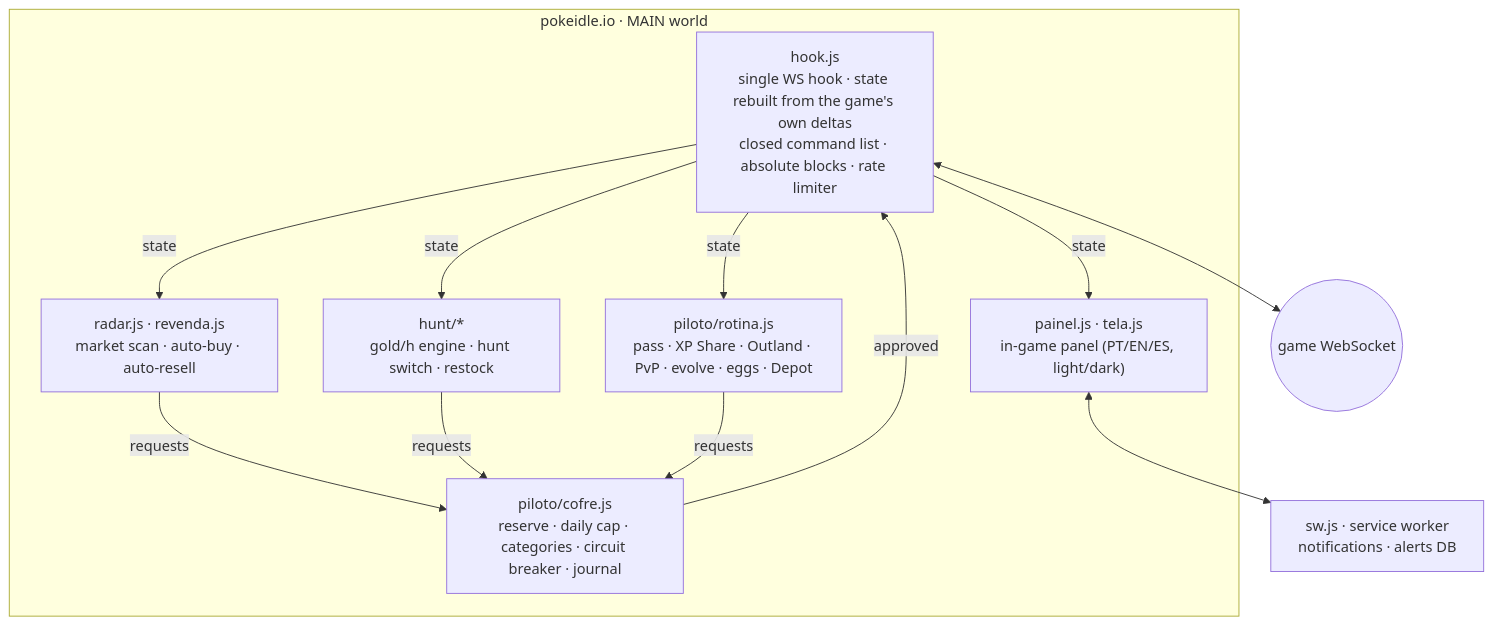
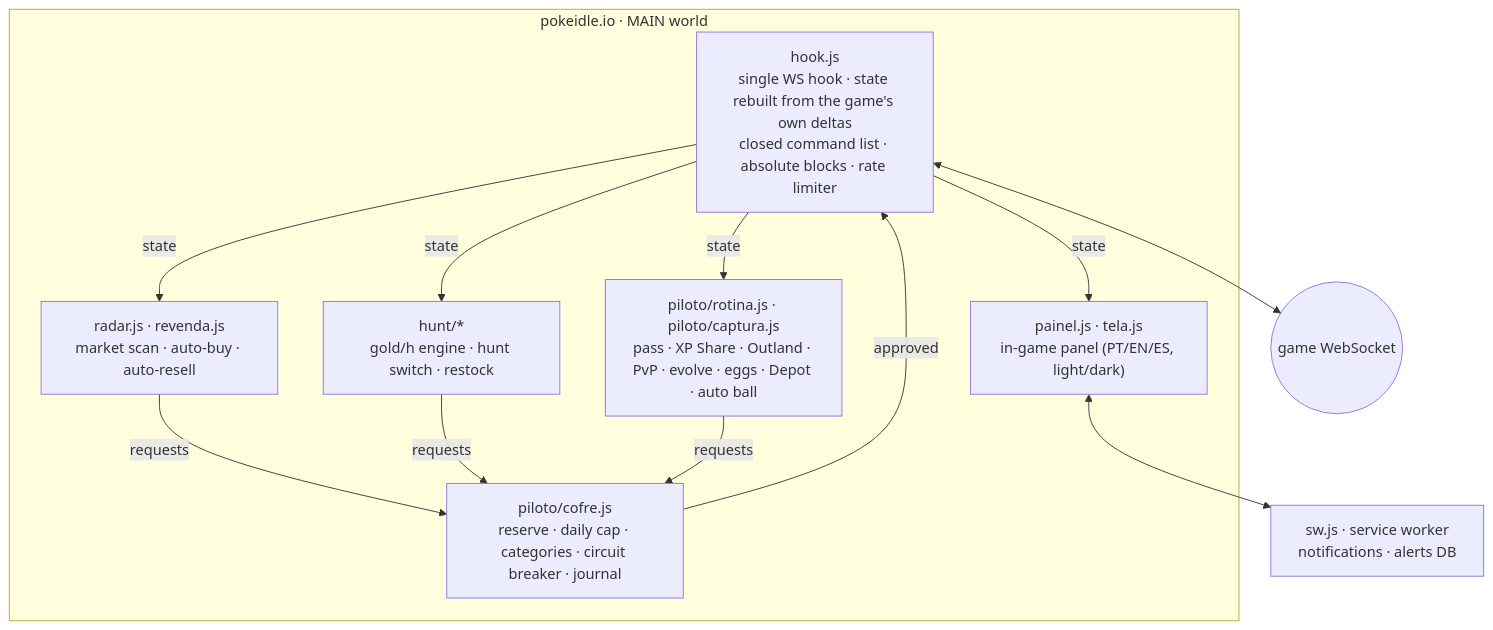
The diagram in README.md (DredsGG/pokeidle-piloto), drawn with Mermaid before and after one commit. The commit also changed other lines of this file and 36 other files, not shown here.

Commit message:
v1.14.0: game-styled window with Off/Manual/Auto per tab, auto Poké Ball without VIP, game art in alerts

````diff
--- a/README.md
+++ b/README.md
@@ -46,16 +60,16 @@
 ```mermaid
 flowchart TB
   WS(("game WebSocket"))
   subgraph MAIN["pokeidle.io · MAIN world"]
     H["hook.js<br/>single WS hook · state rebuilt from the game's own deltas<br/>closed command list · absolute blocks · rate limiter"]
     C["piloto/cofre.js<br/>reserve · daily cap · categories · circuit breaker · journal"]
     RA["radar.js · revenda.js<br/>market scan · auto-buy · auto-resell"]
     HU["hunt/*<br/>gold/h engine · hunt switch · restock"]
-    RO["piloto/rotina.js<br/>pass · XP Share · Outland · PvP · evolve · eggs · Depot"]
+    RO["piloto/rotina.js · piloto/captura.js<br/>pass · XP Share · Outland · PvP · evolve · eggs · Depot · auto ball"]
     UI["painel.js · tela.js<br/>in-game panel (PT/EN/ES, light/dark)"]
   end
   SW["sw.js · service worker<br/>notifications · alerts DB"]
   RA & HU & RO -->|requests| C -->|approved| H <--> WS
   H -->|state| RA & HU & RO & UI
   UI <--> SW
 ```
````
